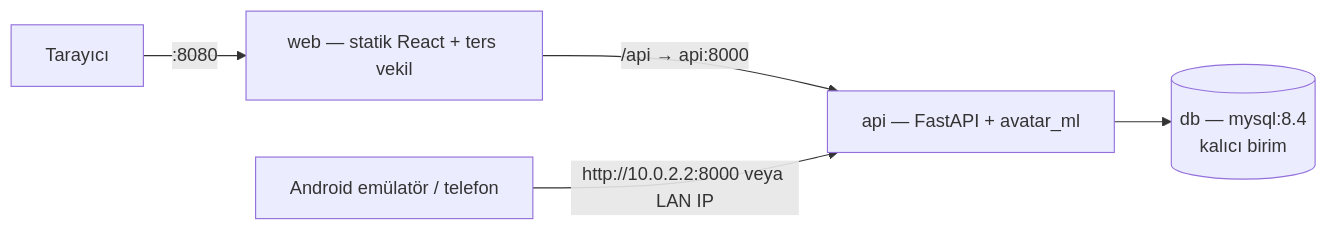
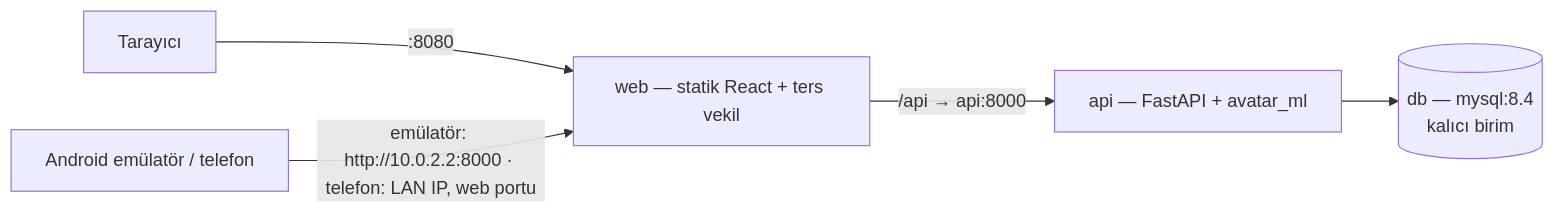
The sixth of 6 diagrams in docs/architecture.md (irem11uygn/Synera_Avatar), drawn with Mermaid before and after one commit. The commit also changed other lines of this file and 33 other files, not shown here.

````diff
--- a/docs/architecture.md
+++ b/docs/architecture.md
@@ -276,7 +279,7 @@
 ```mermaid
 flowchart LR
     B[Tarayıcı] -->|":8080"| WEBC["web — statik React + ters vekil"]
     WEBC -->|"/api → api:8000"| APIC["api — FastAPI + avatar_ml"]
     APIC --> DBC[("db — mysql:8.4<br/>kalıcı birim")]
-    PH[Android emülatör / telefon] -->|"http://10.0.2.2:8000 veya LAN IP"| APIC
+    PH[Android emülatör / telefon] -->|"emülatör: http://10.0.2.2:8000 · telefon: LAN IP, web portu"| WEBC
 ```
````
